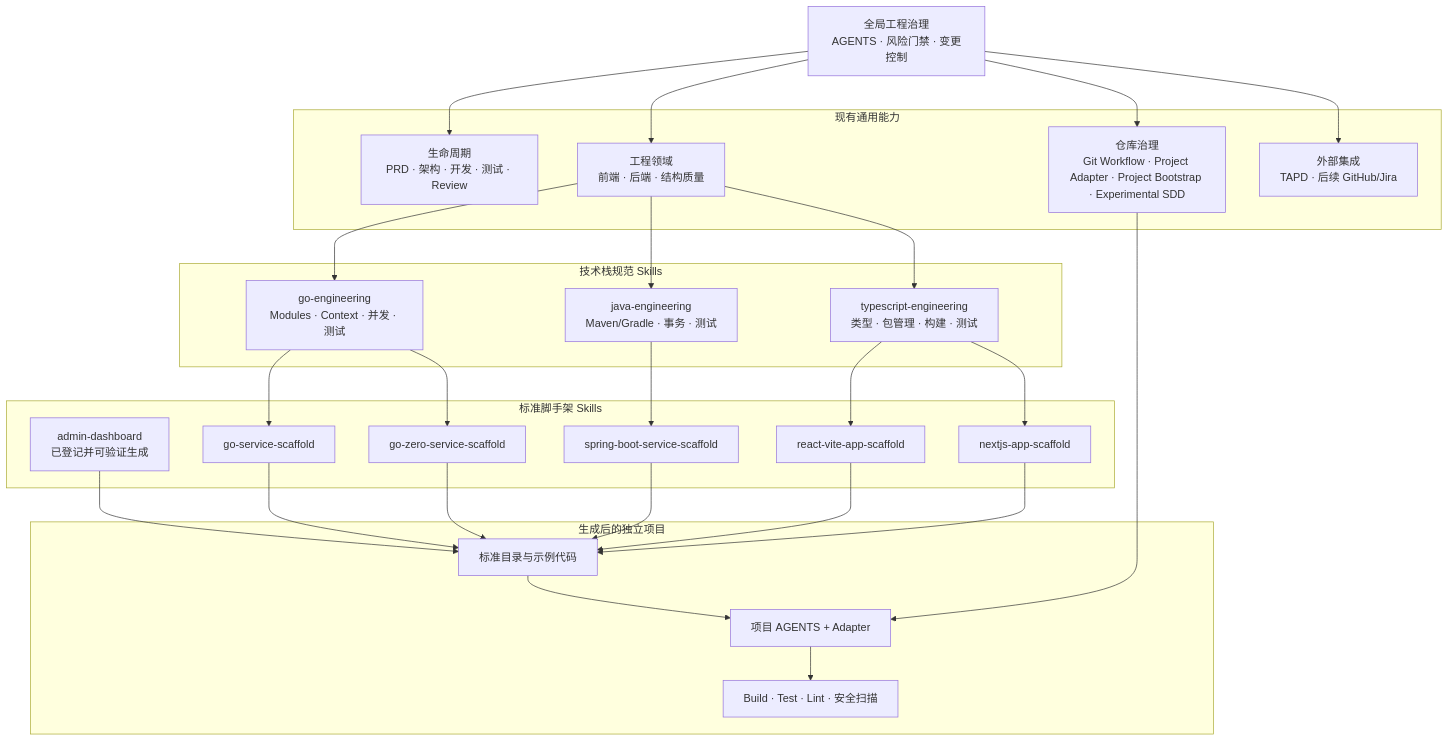
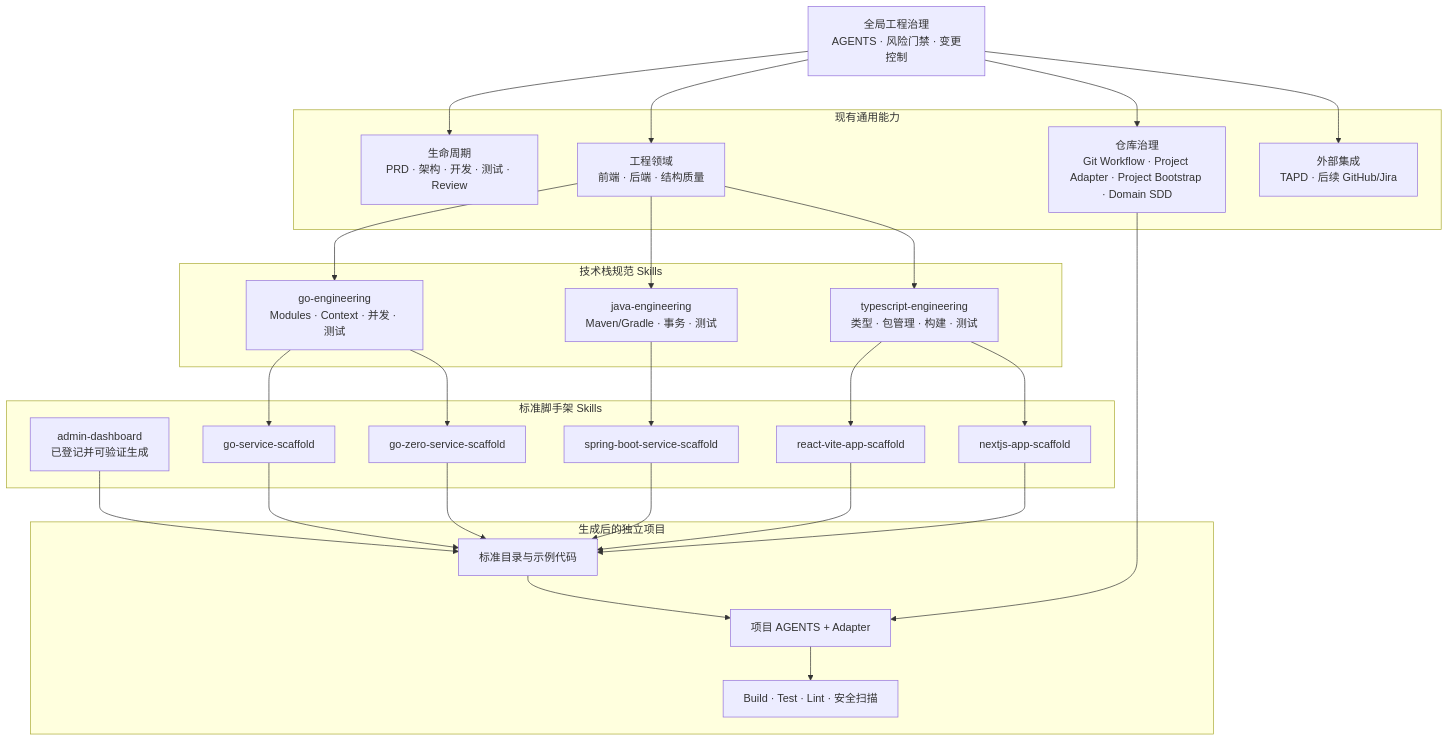
The first of 2 diagrams in docs/ROADMAP.md (AndyXuuu/agentic-dev-workflow), drawn with Mermaid before and after one commit. The commit also changed other lines of this file, not shown here.

Commit message:
Update roadmap Domain SDD status
Remove the experimental label from the delivered Domain SDD capability in the roadmap.\n\nVerification: git diff --cached --check.

````diff
--- a/docs/ROADMAP.md
+++ b/docs/ROADMAP.md
@@ -12,59 +12,59 @@
 ```mermaid
 flowchart TB
     G["全局工程治理<br/>AGENTS · 风险门禁 · 变更控制"]
 
     subgraph Existing["现有通用能力"]
         L["生命周期<br/>PRD · 架构 · 开发 · 测试 · Review"]
         D["工程领域<br/>前端 · 后端 · 结构质量"]
-        R["仓库治理<br/>Git Workflow · Project Adapter · Project Bootstrap · Experimental SDD"]
+        R["仓库治理<br/>Git Workflow · Project Adapter · Project Bootstrap · Domain SDD"]
         I["外部集成<br/>TAPD · 后续 GitHub/Jira"]
     end
 
     subgraph Stacks["技术栈规范 Skills"]
         GO["go-engineering<br/>Modules · Context · 并发 · 测试"]
         JAVA["java-engineering<br/>Maven/Gradle · 事务 · 测试"]
         TS["typescript-engineering<br/>类型 · 包管理 · 构建 · 测试"]
     end
 
     subgraph Scaffolds["标准脚手架 Skills"]
         ADS["admin-dashboard<br/>已登记并可验证生成"]
         GOS["go-service-scaffold"]
         GZS["go-zero-service-scaffold"]
         SBS["spring-boot-service-scaffold"]
         RVA["react-vite-app-scaffold"]
         NJS["nextjs-app-scaffold"]
     end
 
     subgraph Project["生成后的独立项目"]
         PA["项目 AGENTS + Adapter"]
         CODE["标准目录与示例代码"]
         QA["Build · Test · Lint · 安全扫描"]
     end
 
     G --> L
     G --> D
     G --> R
     G --> I
 
     D --> GO
     D --> JAVA
     D --> TS
 
     GO --> GOS
     GO --> GZS
     JAVA --> SBS
     TS --> RVA
     TS --> NJS
 
     ADS --> CODE
 
     GOS --> CODE
     GZS --> CODE
     SBS --> CODE
     RVA --> CODE
     NJS --> CODE
 
     CODE --> PA
     R --> PA
     PA --> QA
 ```
````
